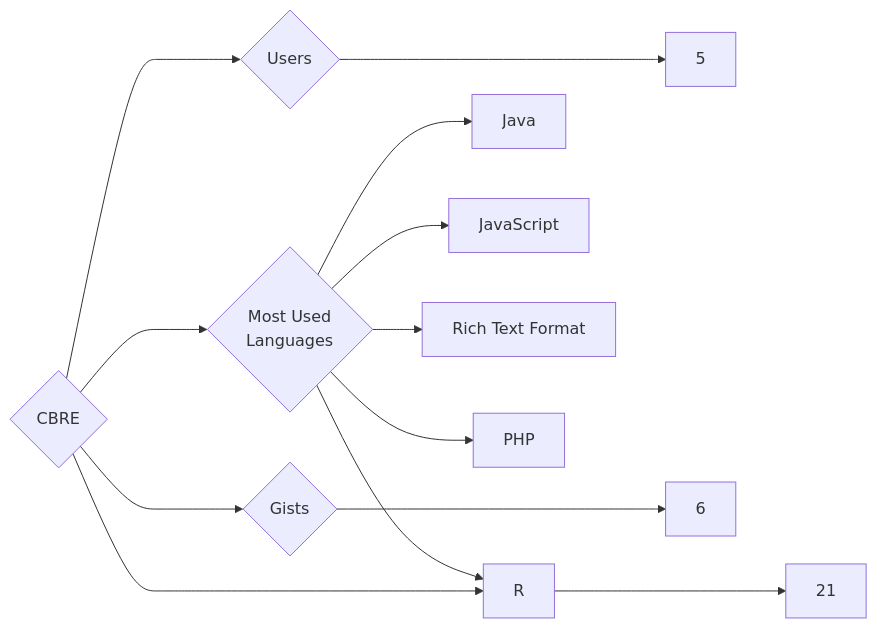
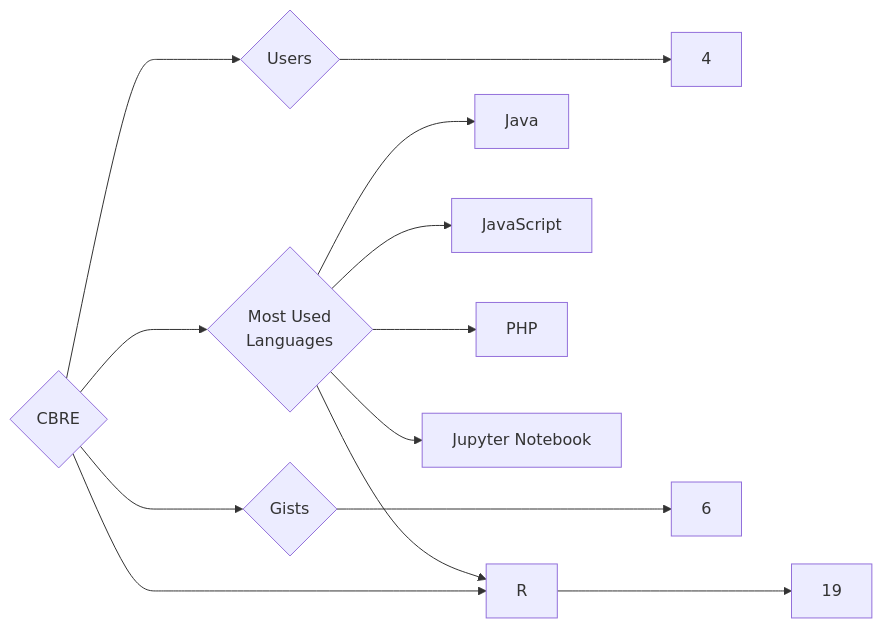
Before and after one commit to trickest/insiders: the diagram in targets/CBRE/README.md, drawn with Mermaid. The commit also changed 1123 other files, not shown here.

````diff
--- a/targets/CBRE/README.md
+++ b/targets/CBRE/README.md
@@ -3,13 +3,13 @@
 ```mermaid
 graph LR
 COMPANY_NAME{CBRE}
-COMPANY_NAME ---> U{Users} ---> UN[5]
-COMPANY_NAME ---> R{Repositories} ---> RN[21]
+COMPANY_NAME ---> U{Users} ---> UN[4]
+COMPANY_NAME ---> R{Repositories} ---> RN[19]
 COMPANY_NAME ---> G{Gists} ---> GN[6]
 COMPANY_NAME ---> ML{Most Used<br>Languages}
 ML --> Java[Java]
 ML --> JavaScript[JavaScript]
-ML --> Rich_Text_Format[Rich Text Format]
 ML --> R[R]
 ML --> PHP[PHP]
+ML --> Jupyter_Notebook[Jupyter Notebook]
 ```
````
